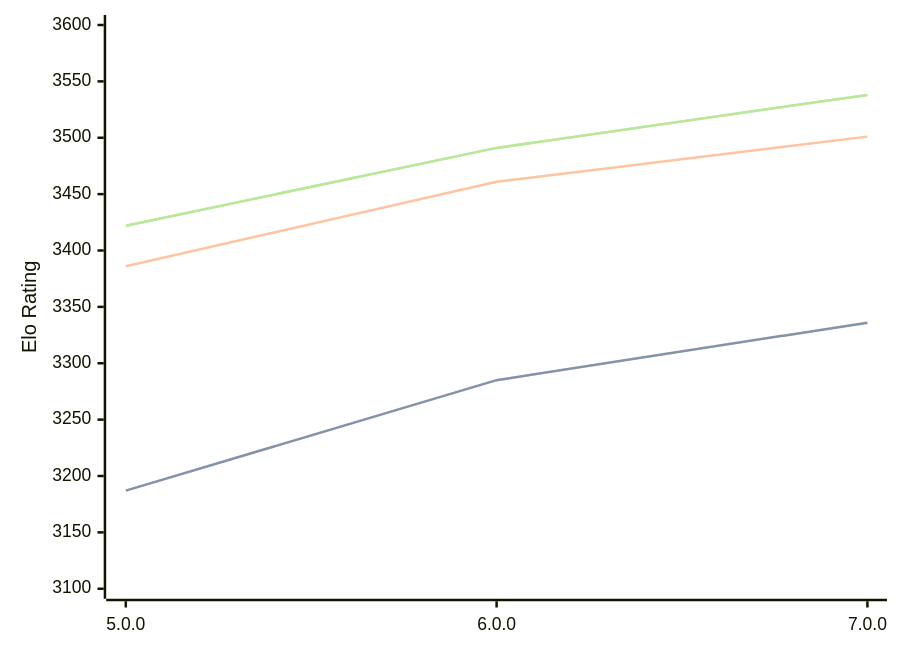
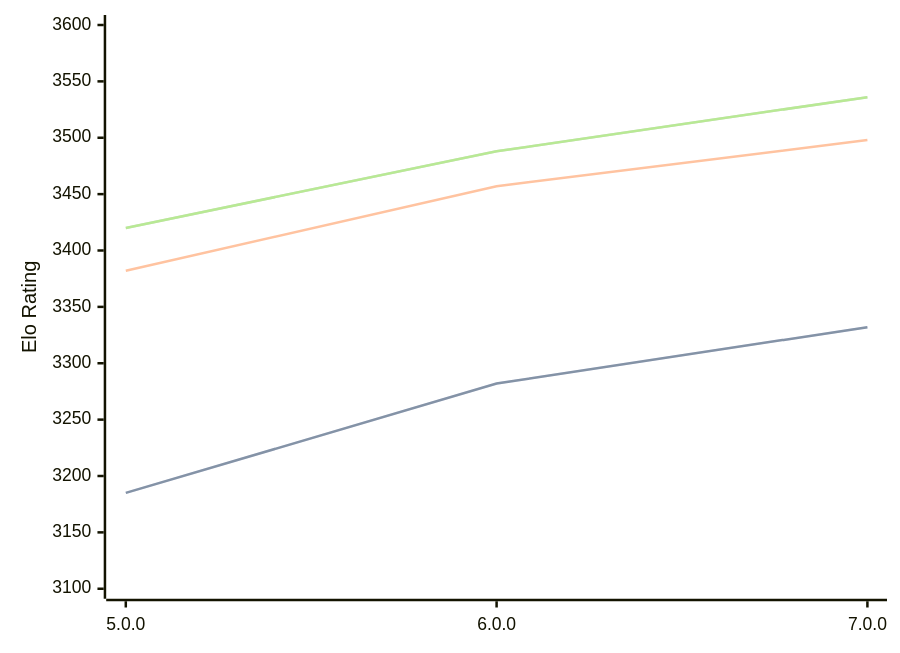
The diagram in engines/Stormphrax.md (computer-chess-index/cci), drawn with Mermaid before and after one commit. The commit also changed other lines of this file, not shown here.

Commit message:
Update CCI Ratings (ELO VLTC) - 2026-06-08

````diff
--- a/engines/Stormphrax.md
+++ b/engines/Stormphrax.md
@@ -38,11 +38,11 @@
 ```mermaid
 %%{init: {"theme":"base","themeVariables":{"seriesColors:['#a3a3a3','#222221','#faa371']}}}%%
 xychart-beta
   x-axis ["5.0.0", "6.0.0", "7.0.0"]
   y-axis "Elo Rating" 3100 --> 3600
-  line "STC (8.0+0.08s)" [3187, 3285, 3336]
-  line "STC (8.0+0.08s)" [3187, 3285, 3336]
-  line "LTC (60.0+0.60s)" [3386, 3461, 3501]
-  line "VLTC (2m24s+1.12s)" [3422, 3491, 3538]
-  line "VLTC (2m24s+1.12s)" [3422, 3491, 3538]
+  line "STC (8.0+0.08s)" [3185, 3282, 3332]
+  line "STC (8.0+0.08s)" [3185, 3282, 3332]
+  line "LTC (60.0+0.60s)" [3382, 3457, 3498]
+  line "VLTC (2m24s+1.12s)" [3420, 3488, 3536]
+  line "VLTC (2m24s+1.12s)" [3420, 3488, 3536]
 ```
````
